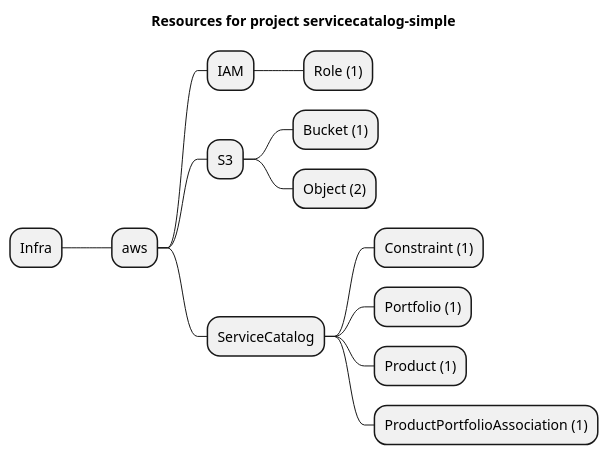
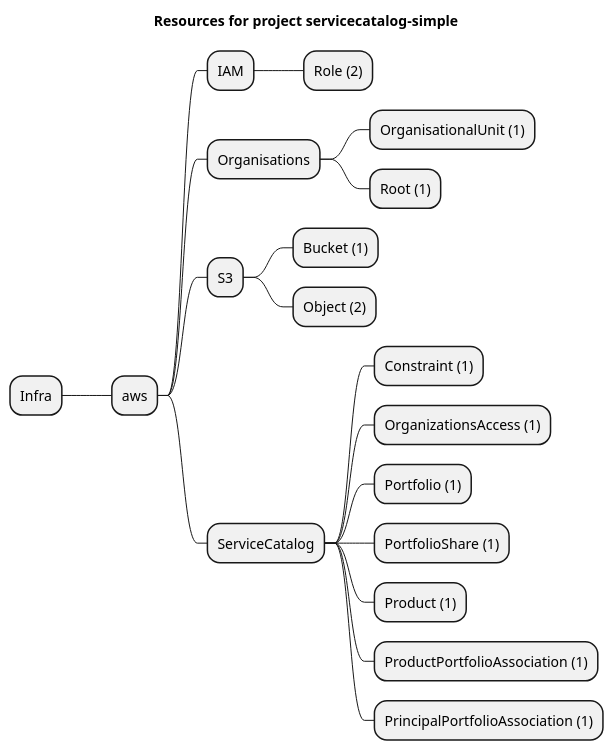
Before and after one commit to grucloud/grucloud: the diagram in examples/aws/ServiceCatalog/servicecatalog-simple/artifacts/resources-mindmap.puml, drawn with PlantUML. The commit also changed 11 other files, not shown here.

Commit message:
ServiceCatalogPortfolioShare ServiceCatalogOrganizationsAccess

```diff
--- a/examples/aws/ServiceCatalog/servicecatalog-simple/artifacts/resources-mindmap.puml
+++ b/examples/aws/ServiceCatalog/servicecatalog-simple/artifacts/resources-mindmap.puml
@@ -1,16 +1,22 @@
 @startmindmap
 title Resources for project servicecatalog-simple
 skinparam monochrome true
 + Infra
 ++ aws
 +++ IAM
-++++ Role (1)
+++++ Role (2)
++++ Organisations
+++++ OrganisationalUnit (1)
+++++ Root (1)
 +++ S3
 ++++ Bucket (1)
 ++++ Object (2)
 +++ ServiceCatalog
 ++++ Constraint (1)
+++++ OrganizationsAccess (1)
 ++++ Portfolio (1)
+++++ PortfolioShare (1)
 ++++ Product (1)
 ++++ ProductPortfolioAssociation (1)
+++++ PrincipalPortfolioAssociation (1)
 @endmindmap
```
